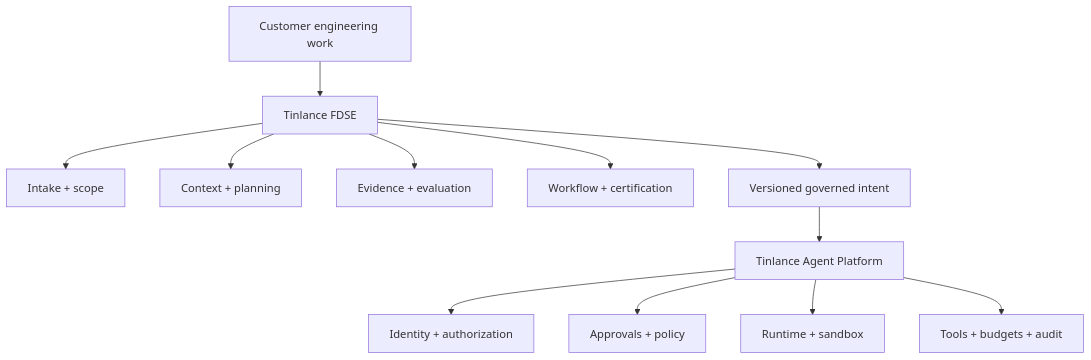
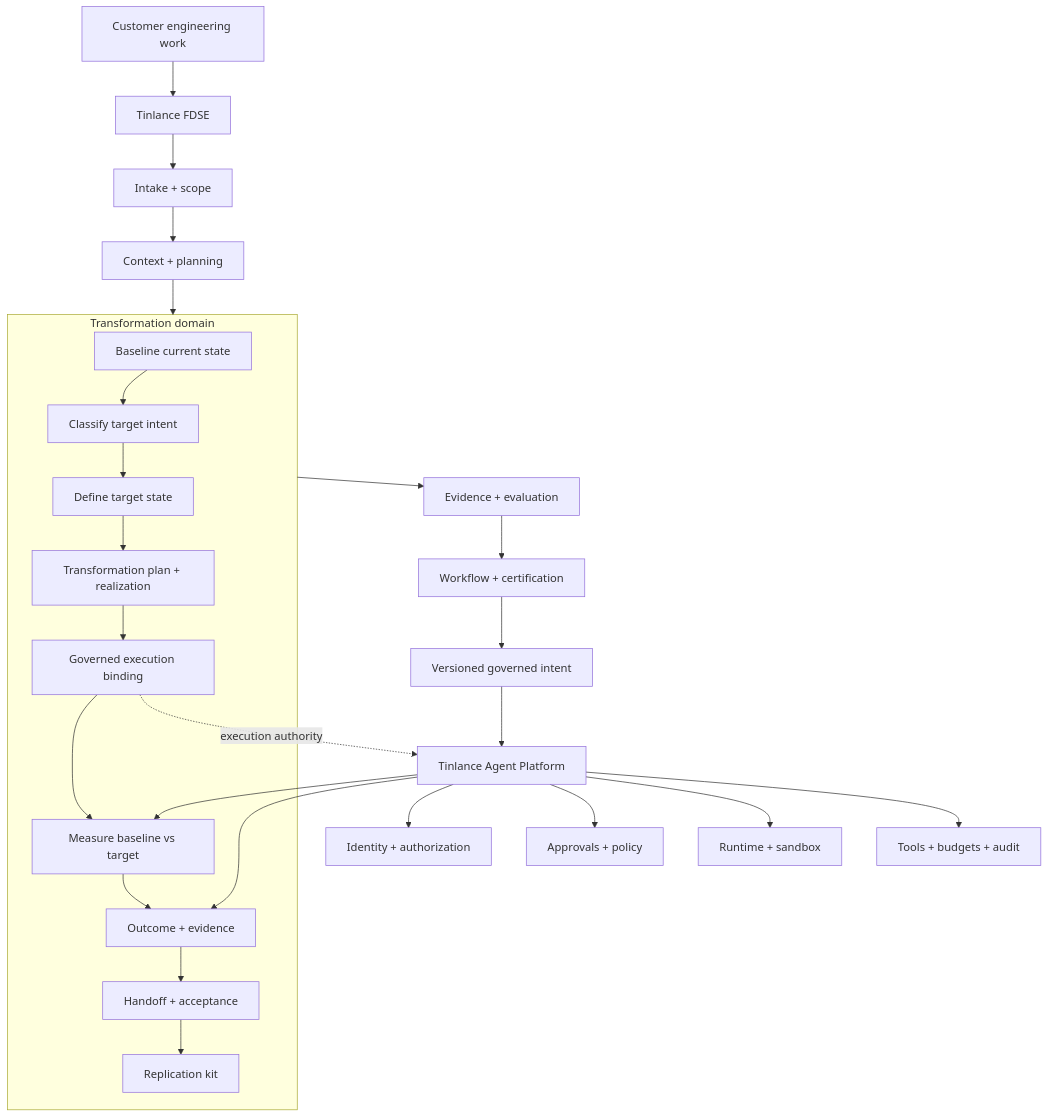
The diagram in README.md (LloydCoder/tinlance-fdse), drawn with Mermaid before and after one commit. The commit also changed other lines of this file, not shown here.

Commit message:
docs: update architecture flowchart for transformation

```diff
--- a/README.md
+++ b/README.md
@@ -7,14 +7,31 @@
 ~~~mermaid
 flowchart TD
     A[Customer engineering work] --> B[Tinlance FDSE]
     B --> B1[Intake + scope]
-    B --> B2[Context + planning]
-    B --> B3[Evidence + evaluation]
-    B --> B4[Workflow + certification]
-    B --> C[Versioned governed intent]
+    B1 --> B2[Context + planning]
+    B2 --> T
+
+    subgraph T[Transformation domain]
+        T1[Baseline current state] --> T2[Classify target intent]
+        T2 --> T3[Define target state]
+        T3 --> T4[Transformation plan + realization]
+        T4 --> T5[Governed execution binding]
+        T5 --> T6[Measure baseline vs target]
+        T6 --> T7[Outcome + evidence]
+        T7 --> T8[Handoff + acceptance]
+        T8 --> T9[Replication kit]
+    end
+
+    T --> B3[Evidence + evaluation]
+    B3 --> B4[Workflow + certification]
+    B4 --> C[Versioned governed intent]
     C --> D[Tinlance Agent Platform]
     D --> D1[Identity + authorization]
     D --> D2[Approvals + policy]
     D --> D3[Runtime + sandbox]
     D --> D4[Tools + budgets + audit]
+
+    T5 -. execution authority .-> D
+    D --> T6
+    D --> T7
 ~~~
```
